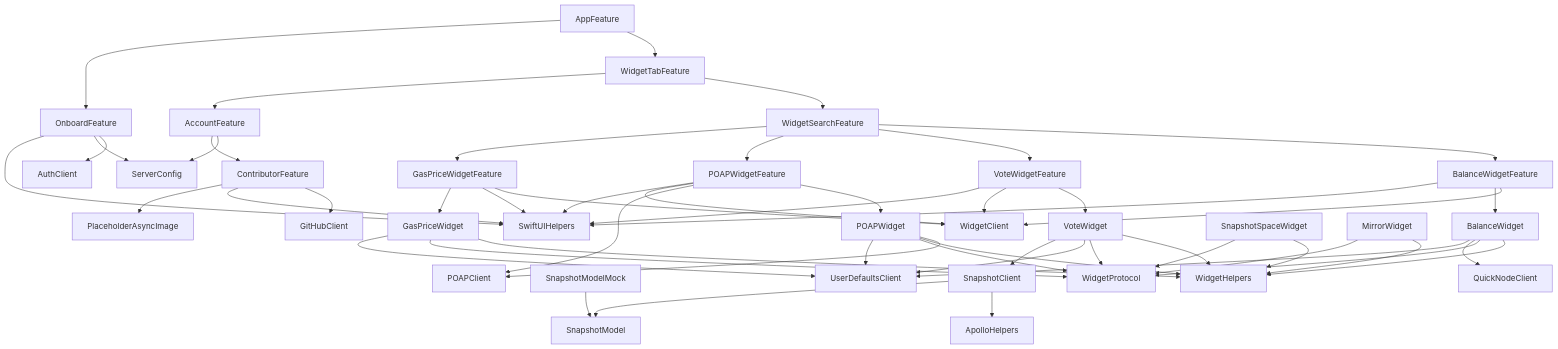
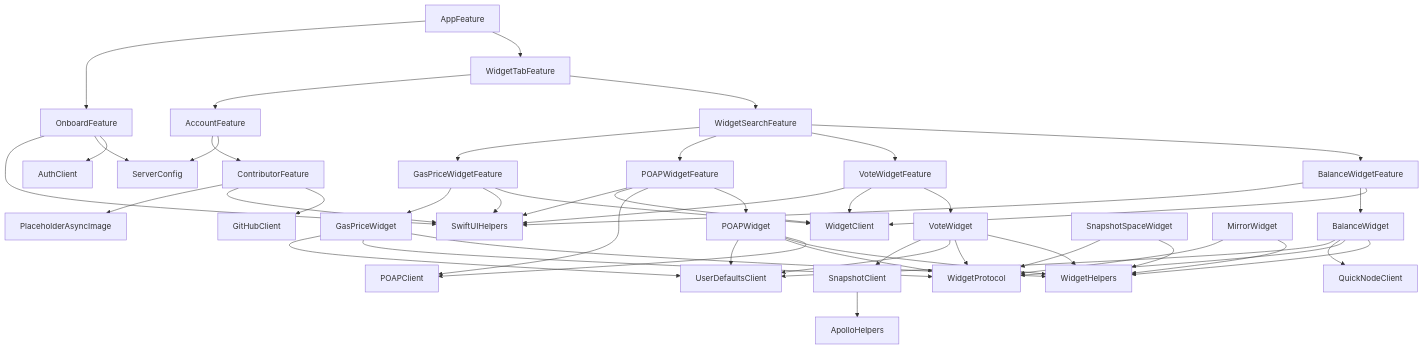
One commit to caaaption/caaaption changed the diagram in Packages/caaaption/PackageDependencies.md. Above: the diagram before and after it, drawn with Mermaid.

Commit message:
Run dgraph (#275)

````diff
--- a/Packages/caaaption/PackageDependencies.md
+++ b/Packages/caaaption/PackageDependencies.md
@@ -1,54 +1,52 @@
 ```mermaid
 graph TD;
     AppFeature-->WidgetTabFeature;
     AppFeature-->OnboardFeature;
     WidgetSearchFeature-->BalanceWidgetFeature;
     WidgetSearchFeature-->VoteWidgetFeature;
     WidgetSearchFeature-->POAPWidgetFeature;
     WidgetSearchFeature-->GasPriceWidgetFeature;
     AccountFeature-->ServerConfig;
     AccountFeature-->ContributorFeature;
     ContributorFeature-->GitHubClient;
     ContributorFeature-->SwiftUIHelpers;
     ContributorFeature-->PlaceholderAsyncImage;
     BalanceWidgetFeature-->WidgetClient;
     BalanceWidgetFeature-->BalanceWidget;
     BalanceWidgetFeature-->SwiftUIHelpers;
     VoteWidgetFeature-->VoteWidget;
     VoteWidgetFeature-->WidgetClient;
     VoteWidgetFeature-->SwiftUIHelpers;
     OnboardFeature-->AuthClient;
     OnboardFeature-->ServerConfig;
     OnboardFeature-->SwiftUIHelpers;
     POAPWidgetFeature-->POAPWidget;
     POAPWidgetFeature-->POAPClient;
     POAPWidgetFeature-->WidgetClient;
     POAPWidgetFeature-->SwiftUIHelpers;
     GasPriceWidgetFeature-->WidgetClient;
     GasPriceWidgetFeature-->SwiftUIHelpers;
     GasPriceWidgetFeature-->GasPriceWidget;
     WidgetTabFeature-->WidgetSearchFeature;
     WidgetTabFeature-->AccountFeature;
-    SnapshotModelMock-->SnapshotModel;
     SnapshotClient-->ApolloHelpers;
-    SnapshotClient-->SnapshotModel;
     BalanceWidget-->WidgetHelpers;
     BalanceWidget-->WidgetProtocol;
     BalanceWidget-->QuickNodeClient;
     BalanceWidget-->UserDefaultsClient;
     VoteWidget-->WidgetHelpers;
     VoteWidget-->WidgetProtocol;
     VoteWidget-->UserDefaultsClient;
     VoteWidget-->SnapshotClient;
     GasPriceWidget-->WidgetHelpers;
     GasPriceWidget-->WidgetProtocol;
     GasPriceWidget-->UserDefaultsClient;
     POAPWidget-->POAPClient;
     POAPWidget-->WidgetHelpers;
     POAPWidget-->WidgetProtocol;
     POAPWidget-->UserDefaultsClient;
     SnapshotSpaceWidget-->WidgetHelpers;
     SnapshotSpaceWidget-->WidgetProtocol;
     MirrorWidget-->WidgetHelpers;
     MirrorWidget-->WidgetProtocol;
 ```
````
